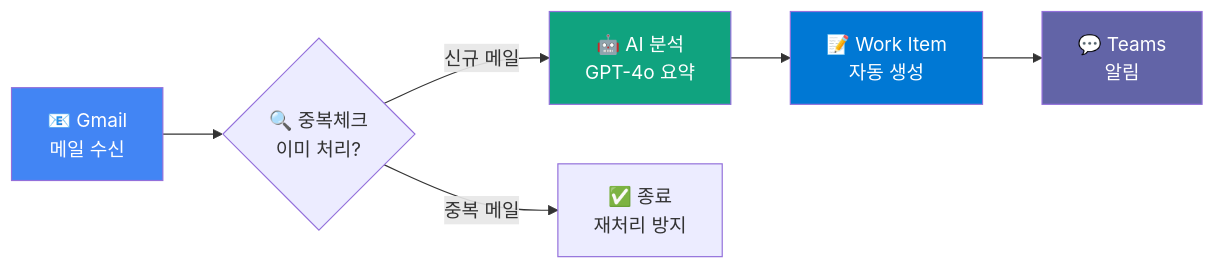
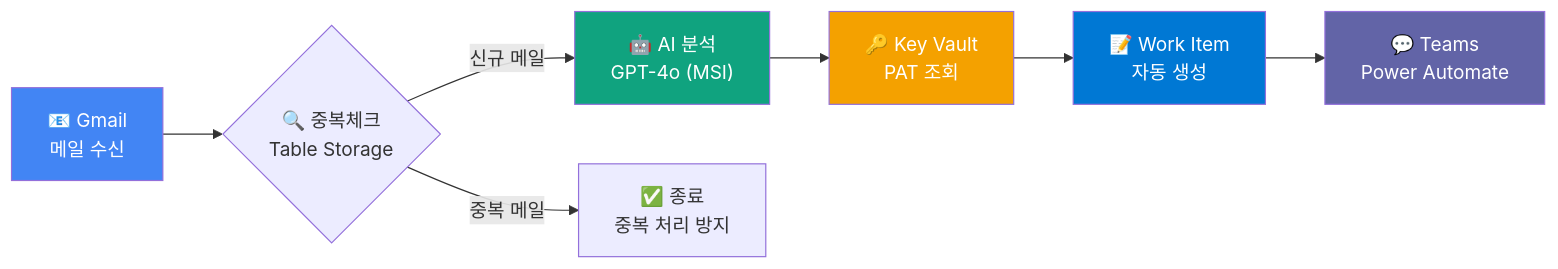
The diagram in README.md (zer0big/gmail-aoai-taskman-automation), drawn with Mermaid before and after one commit. The commit also changed other lines of this file and 10 other files, not shown here.

````diff
--- a/README.md
+++ b/README.md
@@ -24,13 +26,15 @@
 ```mermaid
 flowchart LR
-    A["📧 Gmail<br/>메일 수신"] --> B{"🔍 중복체크<br/>이미 처리?"}
-    B -->|신규 메일| C["🤖 AI 분석<br/>GPT-4o 요약"]
-    B -->|중복 메일| D["✅ 종료<br/>재처리 방지"]
-    C --> E["📝 Work Item<br/>자동 생성"]
-    E --> F["💬 Teams<br/>알림"]
+    A["📧 Gmail<br/>메일 수신"] --> B{"🔍 중복체크<br/>Table Storage"}
+    B -->|신규 메일| C["🤖 AI 분석<br/>GPT-4o (MSI)"]
+    B -->|중복 메일| D["✅ 종료<br/>중복 처리 방지"]
+    C --> E["🔑 Key Vault<br/>PAT 조회"]
+    E --> F["📝 Work Item<br/>자동 생성"]
+    F --> G["💬 Teams<br/>Power Automate"]
     
     style A fill:#4285f4,color:#fff
     style C fill:#10a37f,color:#fff
-    style E fill:#0078d4,color:#fff
-    style F fill:#6264a7,color:#fff
+    style E fill:#f4a100,color:#fff
+    style F fill:#0078d4,color:#fff
+    style G fill:#6264a7,color:#fff
 ```
````
